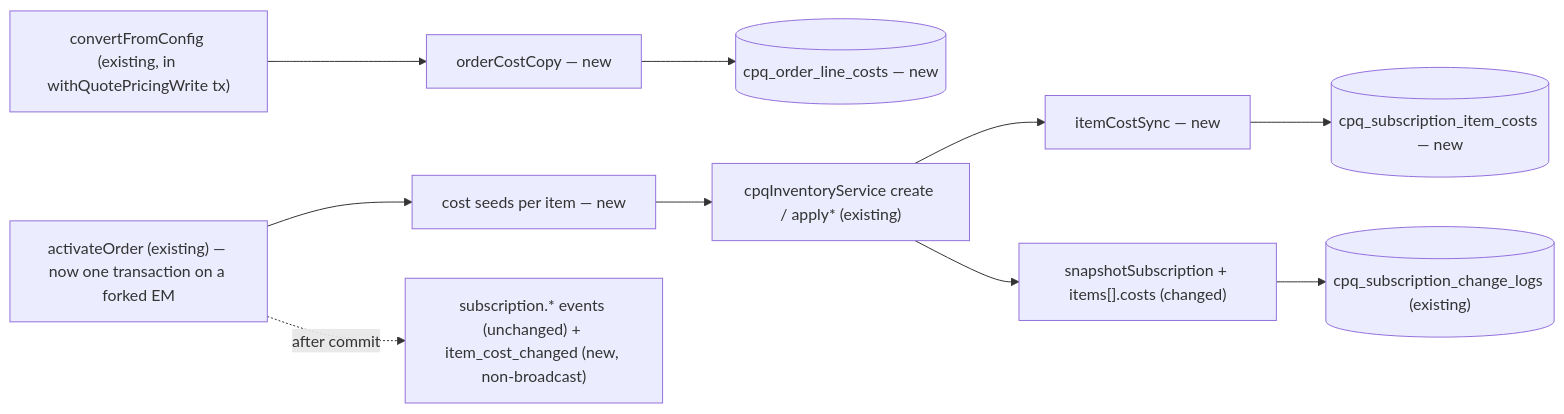
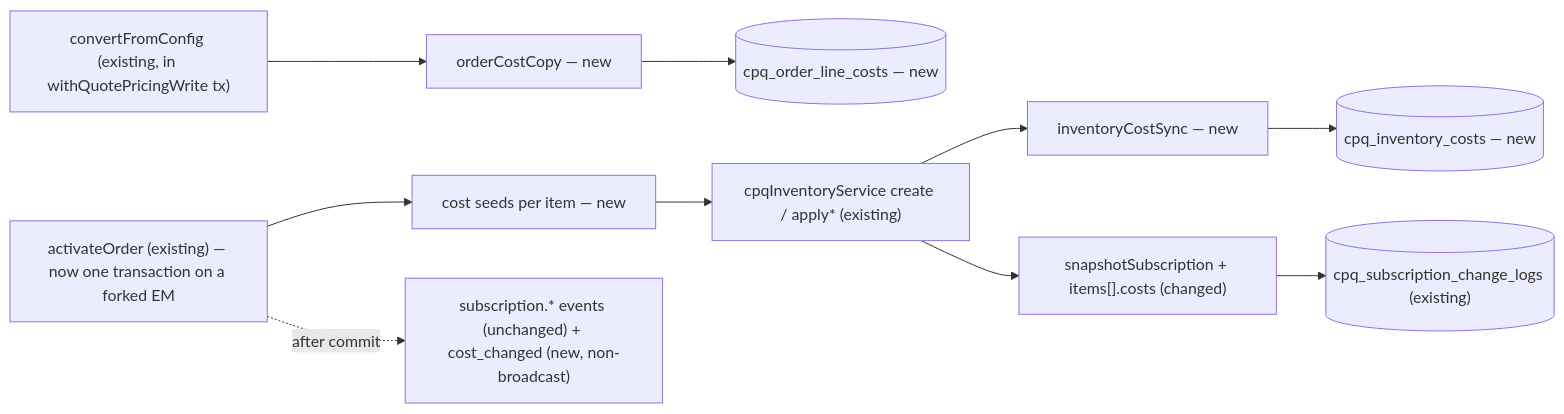
Before and after one commit to dainamite-technologies/dainamite-core: the first of 2 diagrams in .ai/specs/2026-11-12-cpq-cost-plus-order-subscription-costs.md, drawn with Mermaid. The commit also changed other lines of this file and 1 other file, not shown here.

Commit message:
docs(specs): asset costs under CpqInventoryCost, Renew cost-plus from stored charges (review)

````diff
--- a/.ai/specs/2026-11-12-cpq-cost-plus-order-subscription-costs.md
+++ b/.ai/specs/2026-11-12-cpq-cost-plus-order-subscription-costs.md
@@ -308,12 +321,12 @@
 ```mermaid
 flowchart LR
   conv["convertFromConfig (existing, in withQuotePricingWrite tx)"] --> copy["orderCostCopy — new"]
   copy --> olc[("cpq_order_line_costs — new")]
   act["activateOrder (existing) — now one transaction on a forked EM"] --> seeds["cost seeds per item — new"]
   seeds --> inv["cpqInventoryService create / apply* (existing)"]
-  inv --> sync["itemCostSync — new"]
-  sync --> sic[("cpq_subscription_item_costs — new")]
+  inv --> sync["inventoryCostSync — new"]
+  sync --> sic[("cpq_inventory_costs — new")]
   inv --> snap["snapshotSubscription + items[].costs (changed)"]
   snap --> log[("cpq_subscription_change_logs (existing)")]
-  act -. after commit .-> ev["subscription.* events (unchanged) + item_cost_changed (new, non-broadcast)"]
+  act -. after commit .-> ev["subscription.* events (unchanged) + cost_changed (new, non-broadcast)"]
 ```
````
